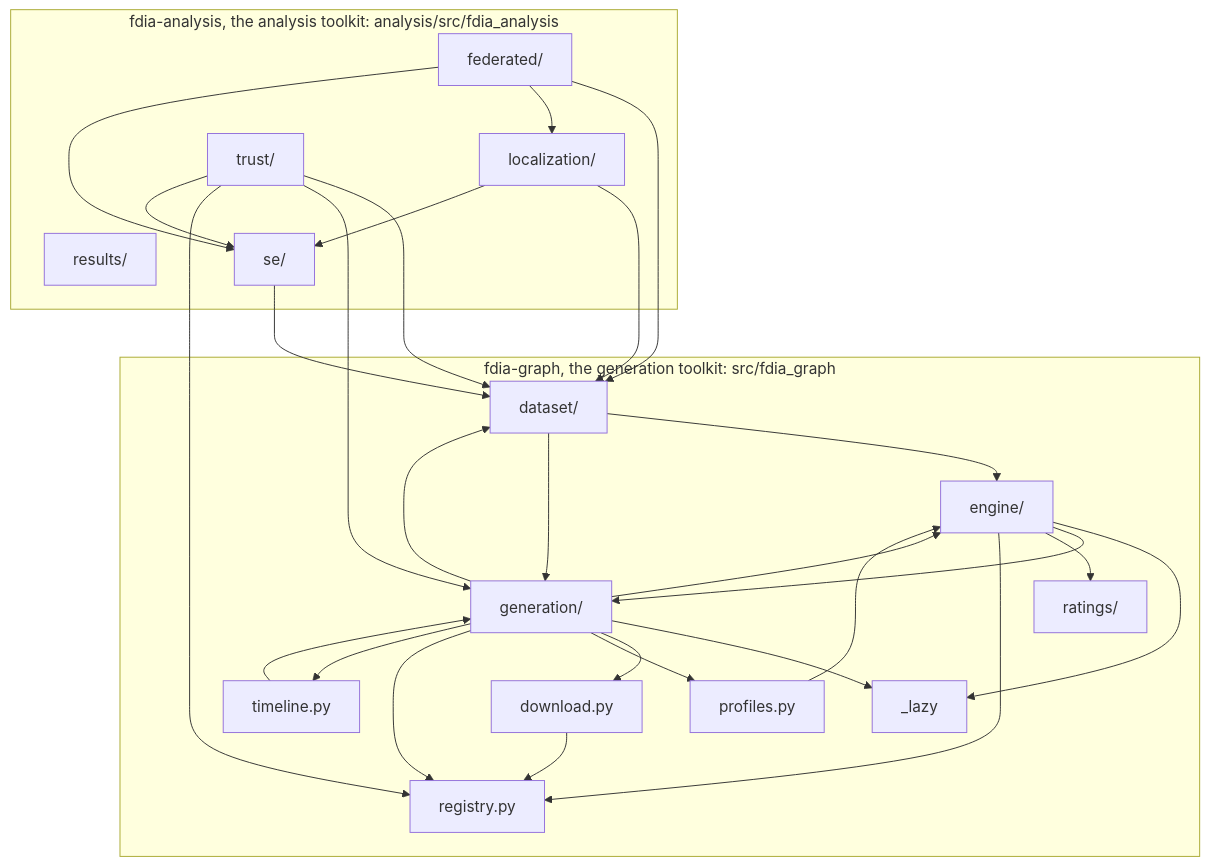
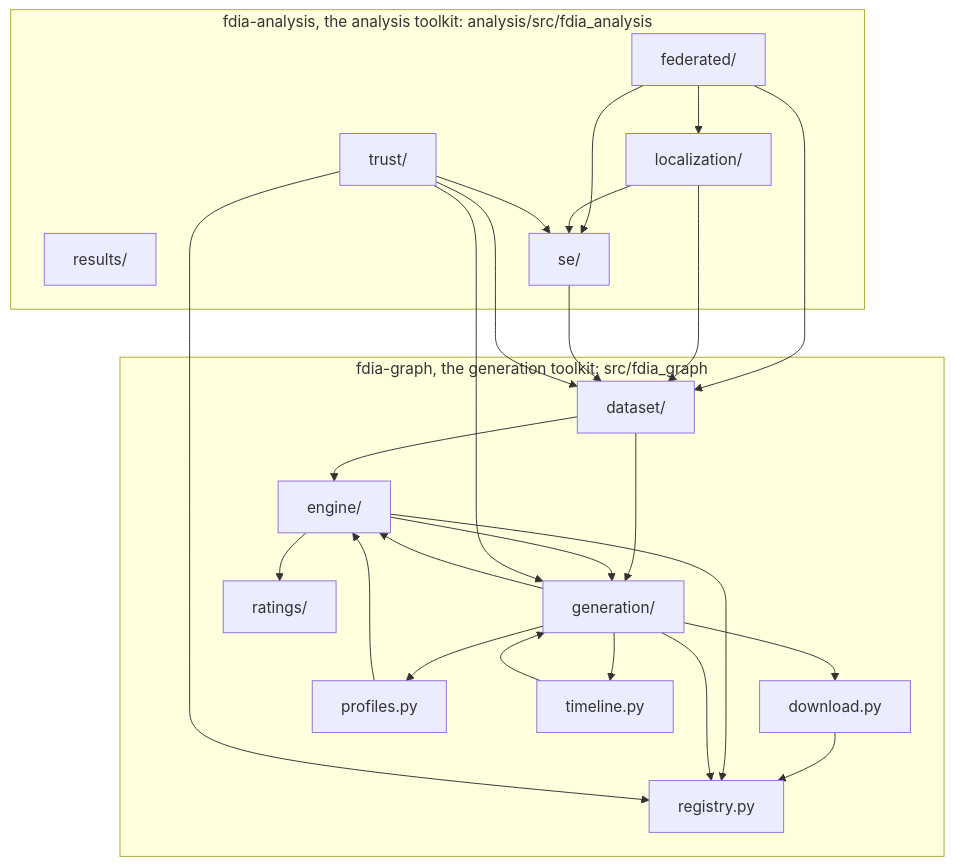
One commit to myersben9/fdia-graph changed the diagram in docs/figures/diagrams/modules.mmd. Above: the diagram before and after it, drawn with Mermaid. The commit also changed 130 other files, not shown here.

```diff
--- a/docs/figures/diagrams/modules.mmd
+++ b/docs/figures/diagrams/modules.mmd
@@ -1,45 +1,41 @@
 flowchart TB
     subgraph fdia_graph["fdia-graph, the generation toolkit: src/fdia_graph"]
-        _lazy["_lazy"]
         dataset["dataset/"]
         download["download.py"]
         engine["engine/"]
         generation["generation/"]
         profiles["profiles.py"]
         ratings["ratings/"]
         registry["registry.py"]
         timeline["timeline.py"]
     end
     subgraph fdia_analysis["fdia-analysis, the analysis toolkit: analysis/src/fdia_analysis"]
         federated["federated/"]
         localization["localization/"]
         results["results/"]
         se["se/"]
         trust["trust/"]
     end
     dataset --> engine
     dataset --> generation
     download --> registry
-    engine --> _lazy
     engine --> generation
     engine --> ratings
     engine --> registry
     federated --> dataset
     federated --> localization
     federated --> se
-    generation --> _lazy
-    generation --> dataset
     generation --> download
     generation --> engine
     generation --> profiles
     generation --> registry
     generation --> timeline
     localization --> dataset
     localization --> se
     profiles --> engine
     se --> dataset
     timeline --> generation
     trust --> dataset
     trust --> generation
     trust --> registry
     trust --> se
```
